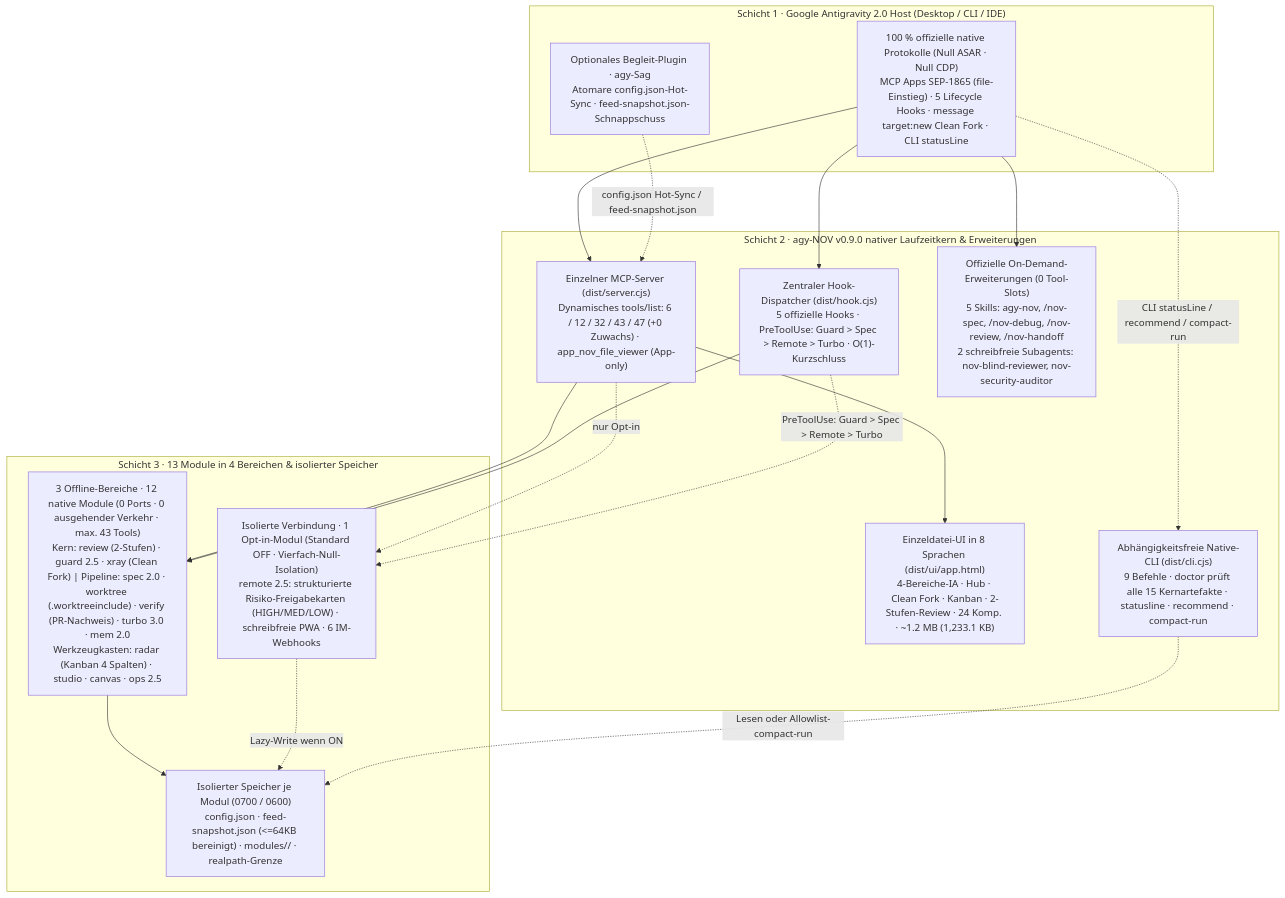
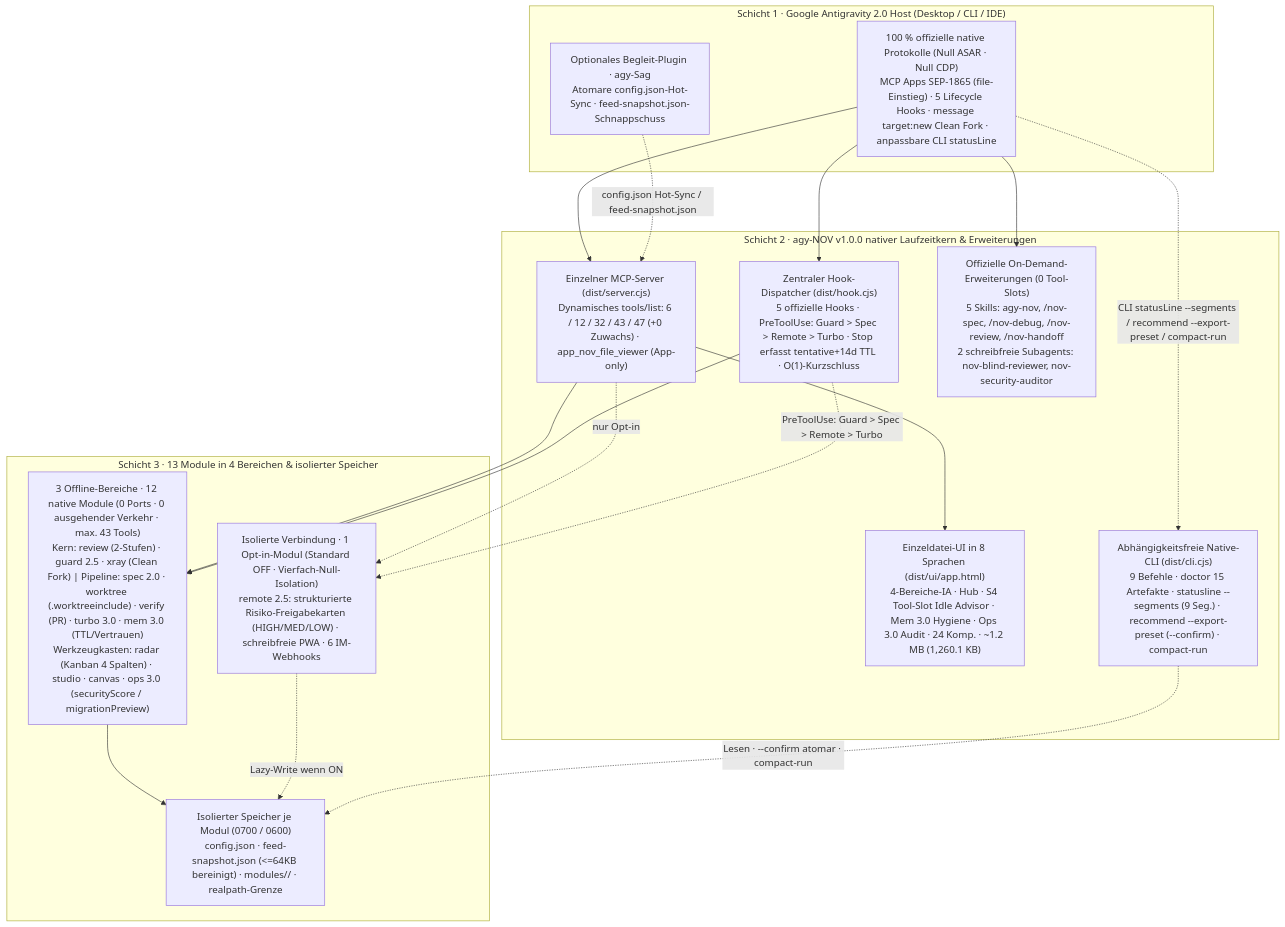
Before and after one commit to tone-leh/agy-NOV: the diagram in docs/i18n/README.de.md, drawn with Mermaid. The commit also changed other lines of this file and 42 other files, not shown here.

Commit message:
release: v1.0.0 — Ops 3.0 static security audit & cross-client dedup preview, Mem 3.0 confidence/TTL hygiene, customizable 9-segment CLI statusLine & --export-preset scaffold

````diff
--- a/docs/i18n/README.de.md
+++ b/docs/i18n/README.de.md
@@ -233,35 +237,35 @@
 ```mermaid
 flowchart TB
   subgraph L1["Schicht 1 · Google Antigravity 2.0 Host (Desktop / CLI / IDE)"]
-    Host["100 % offizielle native Protokolle (Null ASAR · Null CDP)\nMCP Apps SEP-1865 (file-Einstieg) · 5 Lifecycle Hooks · message target:new Clean Fork · CLI statusLine"]
+    Host["100 % offizielle native Protokolle (Null ASAR · Null CDP)\nMCP Apps SEP-1865 (file-Einstieg) · 5 Lifecycle Hooks · message target:new Clean Fork · anpassbare CLI statusLine"]
     Sag["Optionales Begleit-Plugin · agy-Sag\nAtomare config.json-Hot-Sync · feed-snapshot.json-Schnappschuss"]
   end
 
-  subgraph L2["Schicht 2 · agy-NOV v0.9.0 nativer Laufzeitkern & Erweiterungen"]
+  subgraph L2["Schicht 2 · agy-NOV v1.0.0 nativer Laufzeitkern & Erweiterungen"]
     MCP["Einzelner MCP-Server (dist/server.cjs)\nDynamisches tools/list: 6 / 12 / 32 / 43 / 47 (+0 Zuwachs) · app_nov_file_viewer (App-only)"]
-    Hook["Zentraler Hook-Dispatcher (dist/hook.cjs)\n5 offizielle Hooks · PreToolUse: Guard > Spec > Remote > Turbo · O(1)-Kurzschluss"]
-    UI["Einzeldatei-UI in 8 Sprachen (dist/ui/app.html)\n4-Bereiche-IA · Hub · Clean Fork · Kanban · 2-Stufen-Review · 24 Komp. · ~1.2 MB (1,233.1 KB)"]
+    Hook["Zentraler Hook-Dispatcher (dist/hook.cjs)\n5 offizielle Hooks · PreToolUse: Guard > Spec > Remote > Turbo · Stop erfasst tentative+14d TTL · O(1)-Kurzschluss"]
+    UI["Einzeldatei-UI in 8 Sprachen (dist/ui/app.html)\n4-Bereiche-IA · Hub · S4 Tool-Slot Idle Advisor · Mem 3.0 Hygiene · Ops 3.0 Audit · 24 Komp. · ~1.2 MB (1,260.1 KB)"]
     Ext["Offizielle On-Demand-Erweiterungen (0 Tool-Slots)\n5 Skills: agy-nov, /nov-spec, /nov-debug, /nov-review, /nov-handoff\n2 schreibfreie Subagents: nov-blind-reviewer, nov-security-auditor"]
-    CLI["Abhängigkeitsfreie Native-CLI (dist/cli.cjs)\n9 Befehle · doctor prüft alle 15 Kernartefakte · statusline · recommend · compact-run"]
+    CLI["Abhängigkeitsfreie Native-CLI (dist/cli.cjs)\n9 Befehle · doctor 15 Artefakte · statusline --segments (9 Seg.) · recommend --export-preset (--confirm) · compact-run"]
   end
 
   subgraph L3["Schicht 3 · 13 Module in 4 Bereichen & isolierter Speicher"]
-    T1["3 Offline-Bereiche · 12 native Module (0 Ports · 0 ausgehender Verkehr · max. 43 Tools)\nKern: review (2-Stufen) · guard 2.5 · xray (Clean Fork) | Pipeline: spec 2.0 · worktree (.worktreeinclude) · verify (PR-Nachweis) · turbo 3.0 · mem 2.0\nWerkzeugkasten: radar (Kanban 4 Spalten) · studio · canvas · ops 2.5"]
+    T1["3 Offline-Bereiche · 12 native Module (0 Ports · 0 ausgehender Verkehr · max. 43 Tools)\nKern: review (2-Stufen) · guard 2.5 · xray (Clean Fork) | Pipeline: spec 2.0 · worktree (.worktreeinclude) · verify (PR) · turbo 3.0 · mem 3.0 (TTL/Vertrauen)\nWerkzeugkasten: radar (Kanban 4 Spalten) · studio · canvas · ops 3.0 (securityScore / migrationPreview)"]
     T2R["Isolierte Verbindung · 1 Opt-in-Modul (Standard OFF · Vierfach-Null-Isolation)\nremote 2.5: strukturierte Risiko-Freigabekarten (HIGH/MED/LOW) · schreibfreie PWA · 6 IM-Webhooks"]
     Store["Isolierter Speicher je Modul (0700 / 0600)\nconfig.json · feed-snapshot.json (<=64KB bereinigt) · modules/<id>/ · realpath-Grenze"]
   end
 
   Host --> MCP
   Host --> Hook
   Host --> Ext
-  Host -. "CLI statusLine / recommend / compact-run" .-> CLI
+  Host -. "CLI statusLine --segments / recommend --export-preset / compact-run" .-> CLI
   Sag -. "config.json Hot-Sync / feed-snapshot.json" .-> MCP
   MCP --> UI
   MCP --> T1
   MCP -. "nur Opt-in" .-> T2R
   Hook --> T1
   Hook -. "PreToolUse: Guard > Spec > Remote > Turbo" .-> T2R
   T1 --> Store
   T2R -. "Lazy-Write wenn ON" .-> Store
-  CLI -. "Lesen oder Allowlist-compact-run" .-> Store
+  CLI -. "Lesen · --confirm atomar · compact-run" .-> Store
 ```
````
